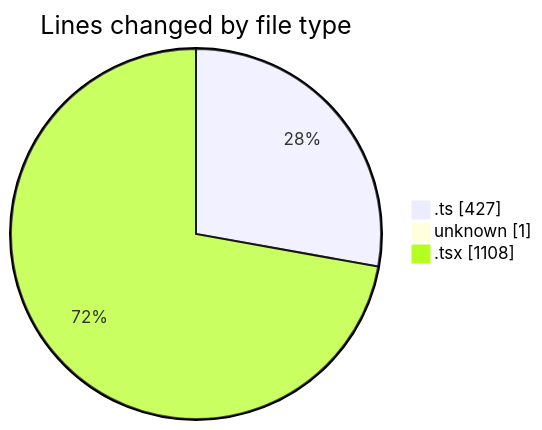
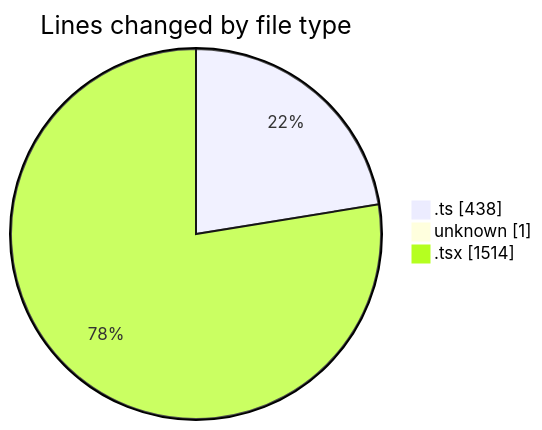
The first of 2 diagrams in 2025-02-17/mbc-web/README.md (robertbonfada/code-tracking), drawn with Mermaid before and after one commit. The commit also changed other lines of this file and 1 other file, not shown here.

````diff
--- a/2025-02-17/mbc-web/README.md
+++ b/2025-02-17/mbc-web/README.md
@@ -28,7 +30,7 @@
 ```mermaid
 pie showData
 title Lines changed by file type
-".ts" : 427
+".ts" : 438
 "unknown" : 1
-".tsx" : 1108
+".tsx" : 1514
 ```
````
